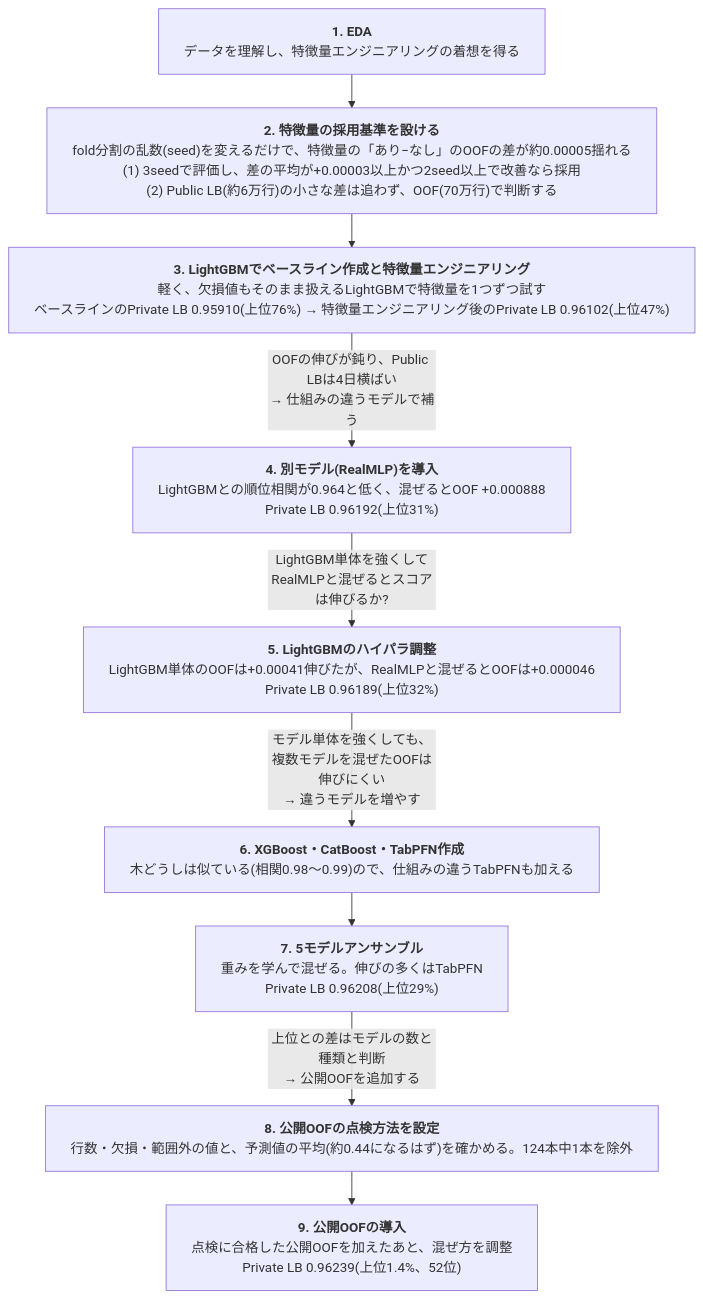
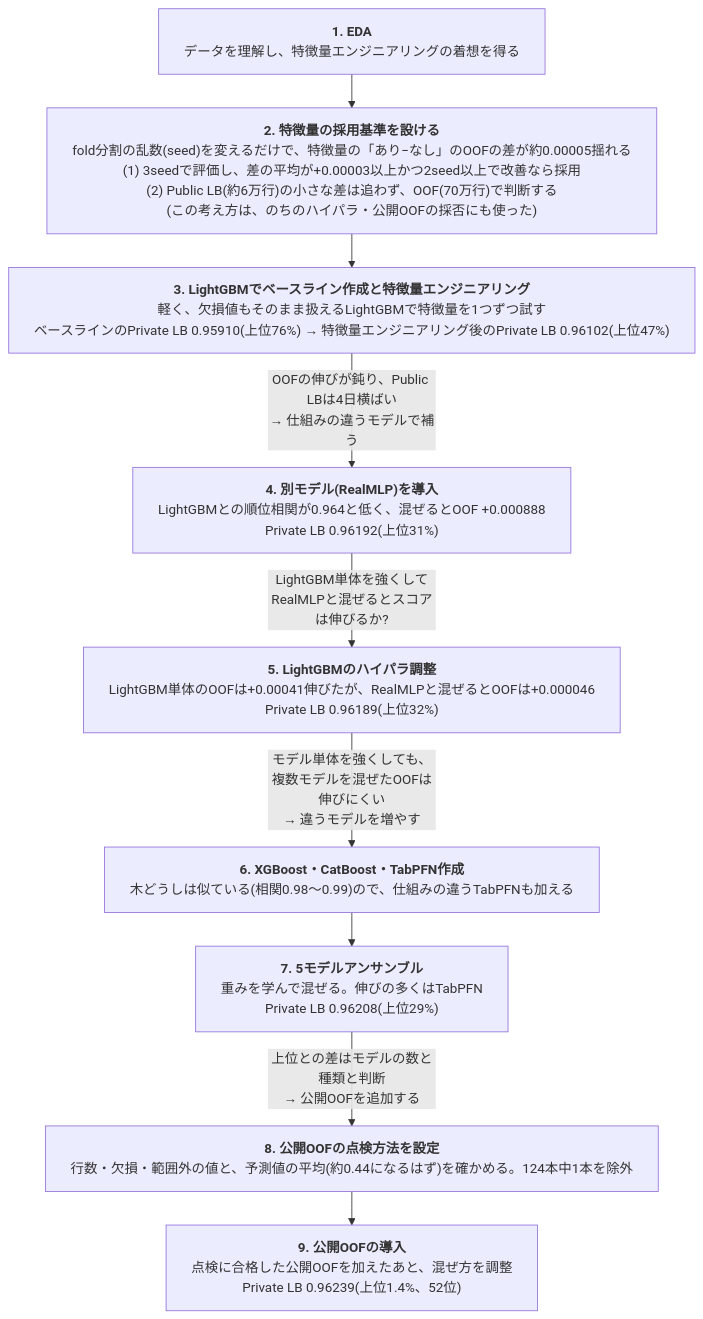
Before and after one commit to aramaki5443-art/kaggle-s6e10-airline-satisfaction: the first of 3 diagrams in README.md, drawn with Mermaid. The commit also changed other lines of this file, not shown here.

Commit message:
README: フロー図2に、採否の考え方をのちのハイパラ・公開OOFにも使ったことを追記(時期は事実に合わせる)
Claude-Session: https://claude.ai/code/session_01W4XQw12fApd9PttvvKTwbS

````diff
--- a/README.md
+++ b/README.md
@@ -21,24 +21,24 @@
 ```mermaid
 ---
 config:
   flowchart:
     wrappingWidth: 800
     rankSpacing: 40
 ---
 flowchart TD
   S1["<b>1. EDA</b><br>データを理解し、特徴量エンジニアリングの着想を得る"]
-  SC["<b>2. 特徴量の採用基準を設ける</b><br>fold分割の乱数(seed)を変えるだけで、特徴量の「あり−なし」のOOFの差が約0.00005揺れる<br>(1) 3seedで評価し、差の平均が+0.00003以上かつ2seed以上で改善なら採用<br>(2) Public LB(約6万行)の小さな差は追わず、OOF(70万行)で判断する"]
+  SC["<b>2. 特徴量の採用基準を設ける</b><br>fold分割の乱数(seed)を変えるだけで、特徴量の「あり−なし」のOOFの差が約0.00005揺れる<br>(1) 3seedで評価し、差の平均が+0.00003以上かつ2seed以上で改善なら採用<br>(2) Public LB(約6万行)の小さな差は追わず、OOF(70万行)で判断する<br>(この考え方は、のちのハイパラ・公開OOFの採否にも使った)"]
   S2["<b>3. LightGBMでベースライン作成と特徴量エンジニアリング</b><br>軽く、欠損値もそのまま扱えるLightGBMで特徴量を1つずつ試す<br>ベースラインのPrivate LB 0.95910(上位76%) → 特徴量エンジニアリング後のPrivate LB 0.96102(上位47%)"]
   S3["<b>4. 別モデル(RealMLP)を導入</b><br>LightGBMとの順位相関が0.964と低く、混ぜるとOOF +0.000888<br>Private LB 0.96192(上位31%)"]
   S4["<b>5. LightGBMのハイパラ調整</b><br>LightGBM単体のOOFは+0.00041伸びたが、RealMLPと混ぜるとOOFは+0.000046<br>Private LB 0.96189(上位32%)"]
   S5["<b>6. XGBoost・CatBoost・TabPFN作成</b><br>木どうしは似ている(相関0.98〜0.99)ので、仕組みの違うTabPFNも加える"]
   S6["<b>7. 5モデルアンサンブル</b><br>重みを学んで混ぜる。伸びの多くはTabPFN<br>Private LB 0.96208(上位29%)"]
   SK["<b>8. 公開OOFの点検方法を設定</b><br>行数・欠損・範囲外の値と、予測値の平均(約0.44になるはず)を確かめる。124本中1本を除外"]
   S7["<b>9. 公開OOFの導入</b><br>点検に合格した公開OOFを加えたあと、混ぜ方を調整<br>Private LB 0.96239(上位1.4%、52位)"]
   S1 --> SC --> S2
   S2 -->|"OOFの伸びが鈍り、Public LBは4日横ばい<br>→ 仕組みの違うモデルで補う"| S3
   S3 -->|"LightGBM単体を強くしてRealMLPと混ぜるとスコアは伸びるか?"| S4
   S4 -->|"モデル単体を強くしても、複数モデルを混ぜたOOFは伸びにくい<br>→ 違うモデルを増やす"| S5
   S5 --> S6
   S6 -->|"上位との差はモデルの数と種類と判断<br>→ 公開OOFを追加する"| SK --> S7
 ```
````
